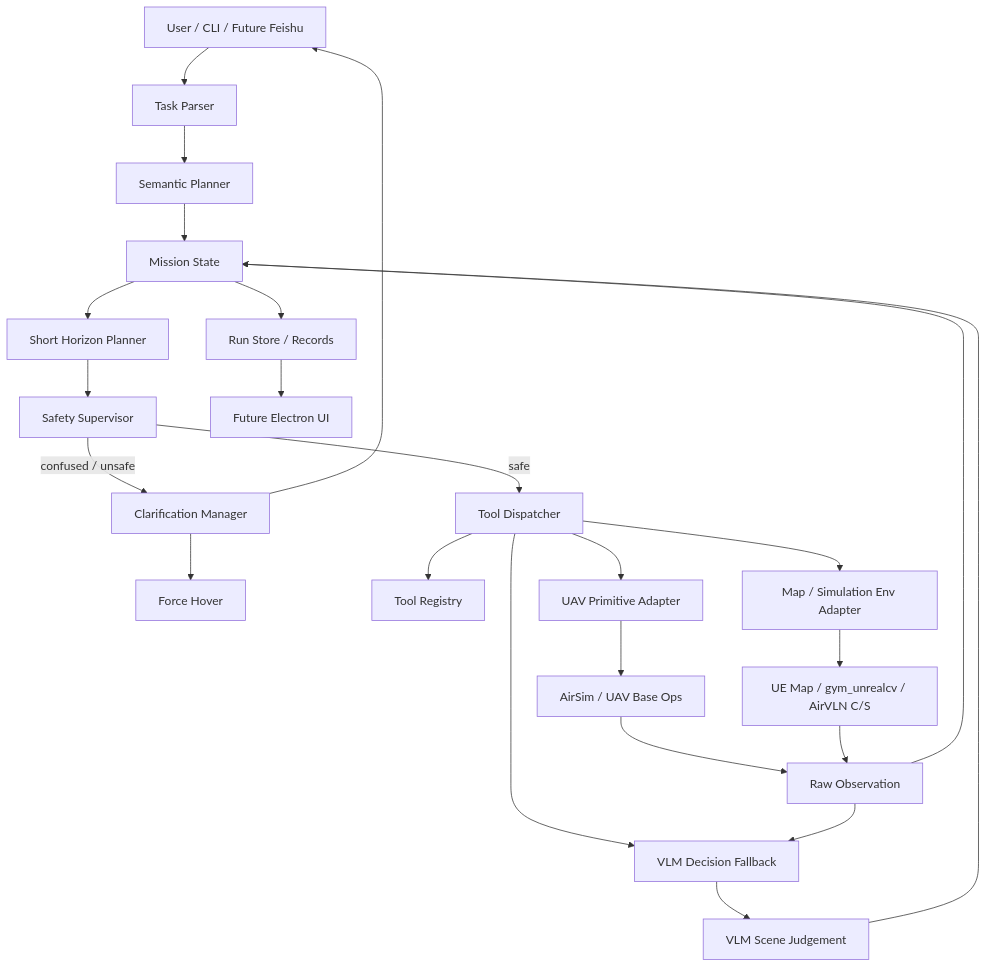
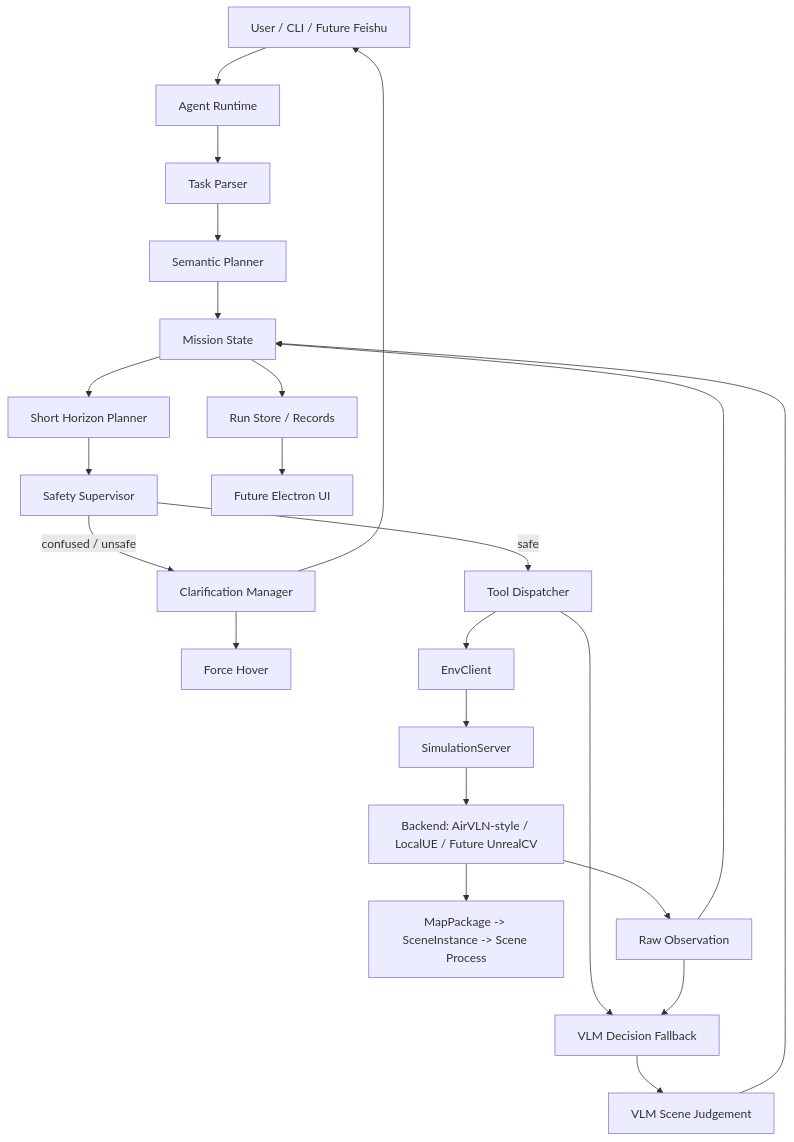
One commit to LZ6years/AeroPilot changed the diagram in docs/architecture.md. Above: the diagram before and after it, drawn with Mermaid. The commit also changed other lines of this file and 52 other files, not shown here.

Commit message:
Add FlyAgent simulation C/S skeleton

````diff
--- a/docs/architecture.md
+++ b/docs/architecture.md
@@ -19,26 +19,25 @@
 ```mermaid
 flowchart TD
-    U["User / CLI / Future Feishu"] --> TP["Task Parser"]
+    U["User / CLI / Future Feishu"] --> AR["Agent Runtime"]
+    AR --> TP["Task Parser"]
     TP --> SP["Semantic Planner"]
     SP --> MS["Mission State"]
     MS --> HP["Short Horizon Planner"]
     HP --> SS["Safety Supervisor"]
     SS -->|safe| TD["Tool Dispatcher"]
     SS -->|confused / unsafe| CM["Clarification Manager"]
     CM --> UAVH["Force Hover"]
     CM --> U
-    TD --> TR["Tool Registry"]
-    TD --> UAV["UAV Primitive Adapter"]
-    TD --> ENV["Map / Simulation Env Adapter"]
+    TD --> EC["EnvClient"]
     TD --> VLM["VLM Decision Fallback"]
-    UAV --> SIM["AirSim / UAV Base Ops"]
-    ENV --> MAP["UE Map / gym_unrealcv / AirVLN C/S"]
-    SIM --> OBS["Raw Observation"]
-    MAP --> OBS
+    EC --> SV["SimulationServer"]
+    SV --> BE["Backend: AirVLN-style / LocalUE / Future UnrealCV"]
+    BE --> MAP["MapPackage -> SceneInstance -> Scene Process"]
+    BE --> OBS["Raw Observation"]
     OBS --> VLM
     VLM --> VJ["VLM Scene Judgement"]
     VJ --> MS
     OBS --> MS
     MS --> RR["Run Store / Records"]
     RR --> UI["Future Electron UI"]
 ```
````
